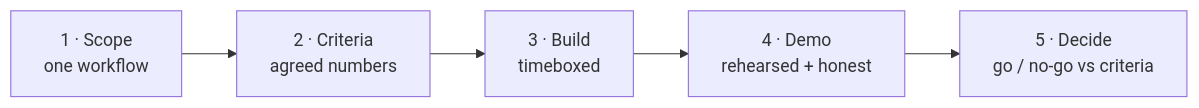
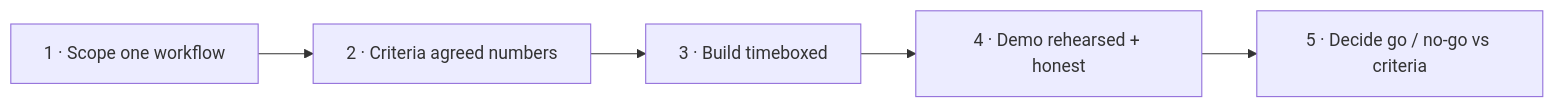
Before and after one commit to WBHankins93/ai-engineering-studio: the diagram in poc-playbooks/scoping-an-ai-poc.md, drawn with Mermaid. The commit also changed other lines of this file, not shown here.

````diff
--- a/poc-playbooks/scoping-an-ai-poc.md
+++ b/poc-playbooks/scoping-an-ai-poc.md
@@ -17,7 +23,7 @@
 ```mermaid
 flowchart LR
-  S["1 · Scope<br/>one workflow"] --> C["2 · Criteria<br/>agreed numbers"]
-  C --> B["3 · Build<br/>timeboxed"]
-  B --> D["4 · Demo<br/>rehearsed + honest"]
-  D --> R["5 · Decide<br/>go / no-go vs criteria"]
+  S["1 · Scope one workflow"] --> C["2 · Criteria agreed numbers"]
+  C --> B["3 · Build timeboxed"]
+  B --> D["4 · Demo rehearsed + honest"]
+  D --> R["5 · Decide go / no-go vs criteria"]
 ```
````
